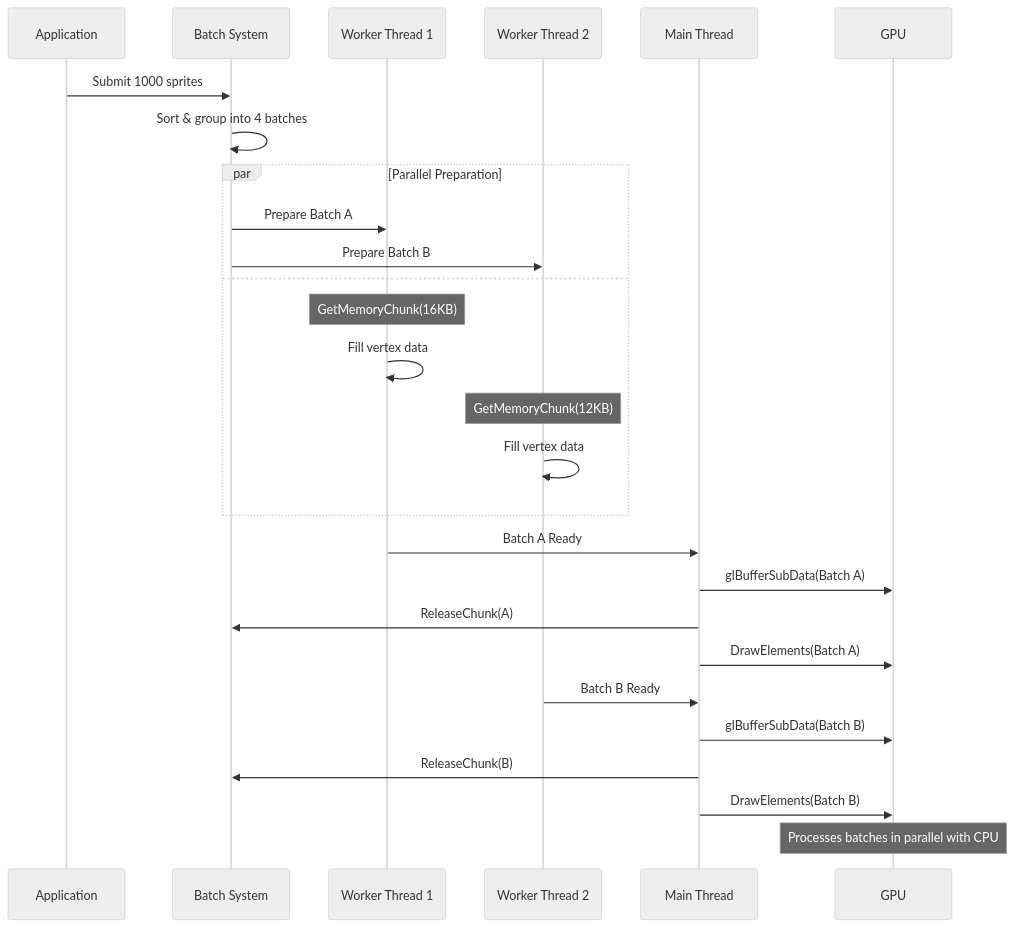
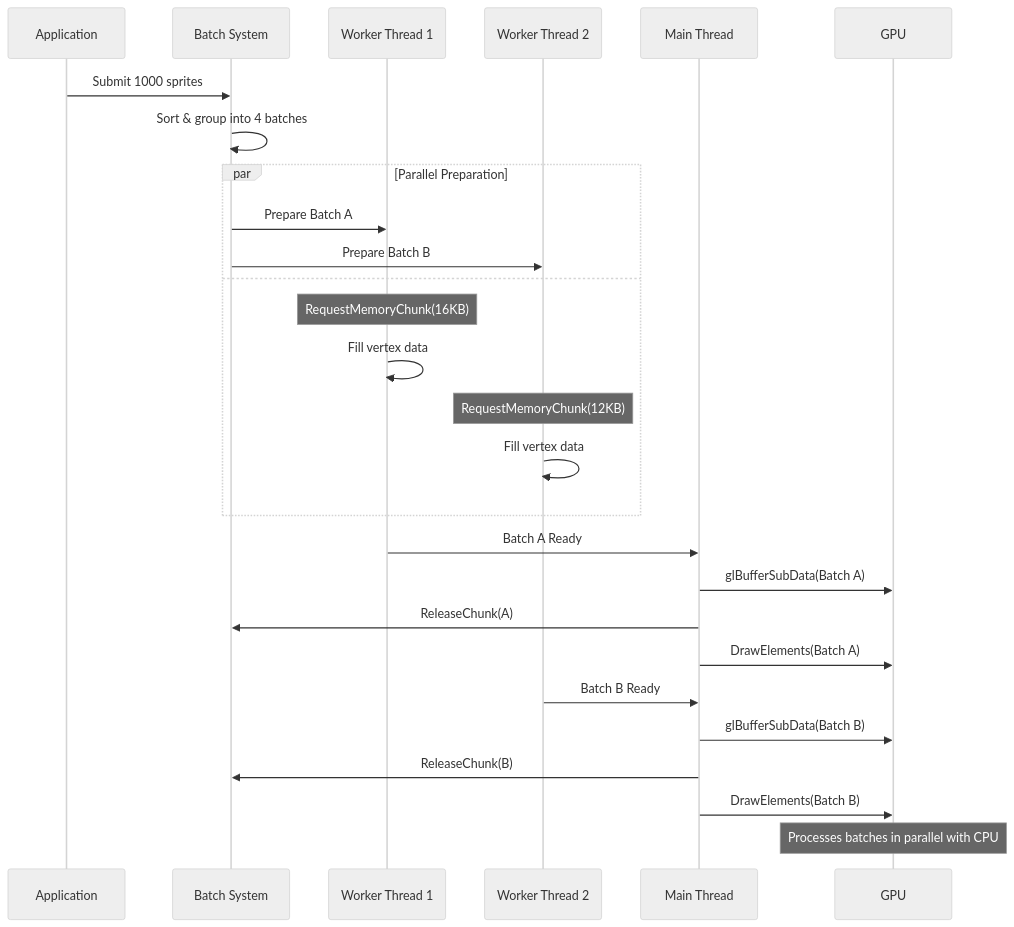
Before and after one commit to Ienium/IeniumGlow: the sixth of 7 diagrams in docs/pipeline.md, drawn with Mermaid (neutral theme). The commit also changed other lines of this file and 12 other files, not shown here.

````diff
--- a/docs/pipeline.md
+++ b/docs/pipeline.md
@@ -167,34 +167,34 @@
 ```mermaid
 sequenceDiagram
     participant App as Application
     participant Batcher as Batch System
     participant Thread1 as Worker Thread 1
     participant Thread2 as Worker Thread 2
     participant Main as Main Thread
     participant GPU as GPU
     
     App->>Batcher: Submit 1000 sprites
     Batcher->>Batcher: Sort & group into 4 batches
     
     par Parallel Preparation
         Batcher->>Thread1: Prepare Batch A
         Batcher->>Thread2: Prepare Batch B
     and
-        Note over Thread1: GetMemoryChunk(16KB)
+        Note over Thread1: RequestMemoryChunk(16KB)
         Thread1->>Thread1: Fill vertex data
-        Note over Thread2: GetMemoryChunk(12KB)
+        Note over Thread2: RequestMemoryChunk(12KB)
         Thread2->>Thread2: Fill vertex data
     end
     
     Thread1->>Main: Batch A Ready
     Main->>GPU: glBufferSubData(Batch A)
     Main->>Batcher: ReleaseChunk(A)
     Main->>GPU: DrawElements(Batch A)
     
     Thread2->>Main: Batch B Ready
     Main->>GPU: glBufferSubData(Batch B)
     Main->>Batcher: ReleaseChunk(B)
     Main->>GPU: DrawElements(Batch B)
     
     Note over GPU: Processes batches in parallel with CPU
 ```
````
